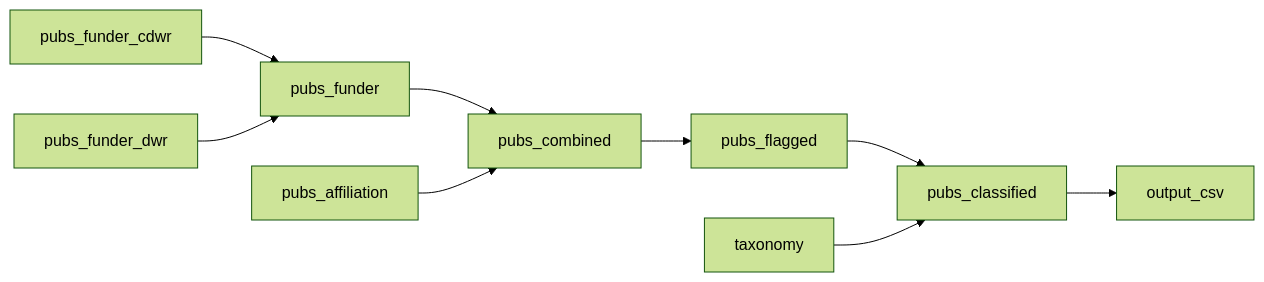
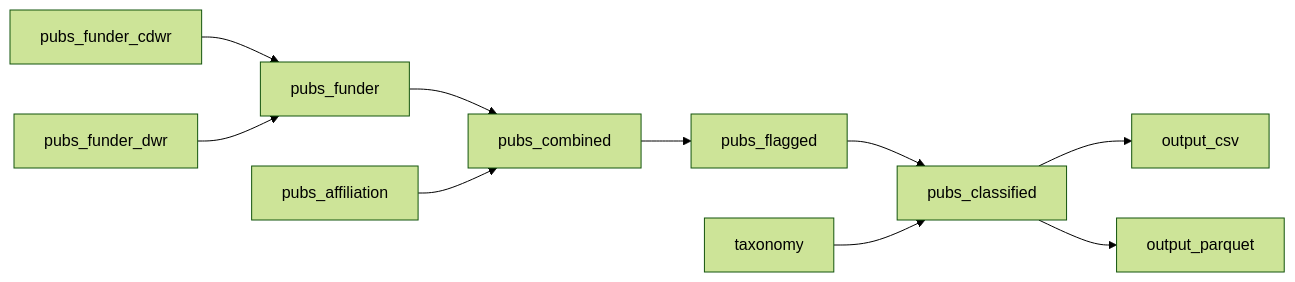
One commit to lucy-dwr/dwr-pub-inventory changed the diagram in PLAN.md. Above: the diagram before and after it, drawn with Mermaid (forest theme). The commit also changed other lines of this file, not shown here.

Commit message:
Plan for CSV and Parquet output

````diff
--- a/PLAN.md
+++ b/PLAN.md
@@ -52,11 +53,12 @@
 ```mermaid
 flowchart LR
     pubs_funder_cdwr   --> pubs_funder
     pubs_funder_dwr  --> pubs_funder
     pubs_funder      --> pubs_combined
     pubs_affiliation --> pubs_combined
     pubs_combined    --> pubs_flagged
     pubs_flagged     --> pubs_classified
     taxonomy         --> pubs_classified
     pubs_classified  --> output_csv
+    pubs_classified  --> output_parquet
 ```
````
